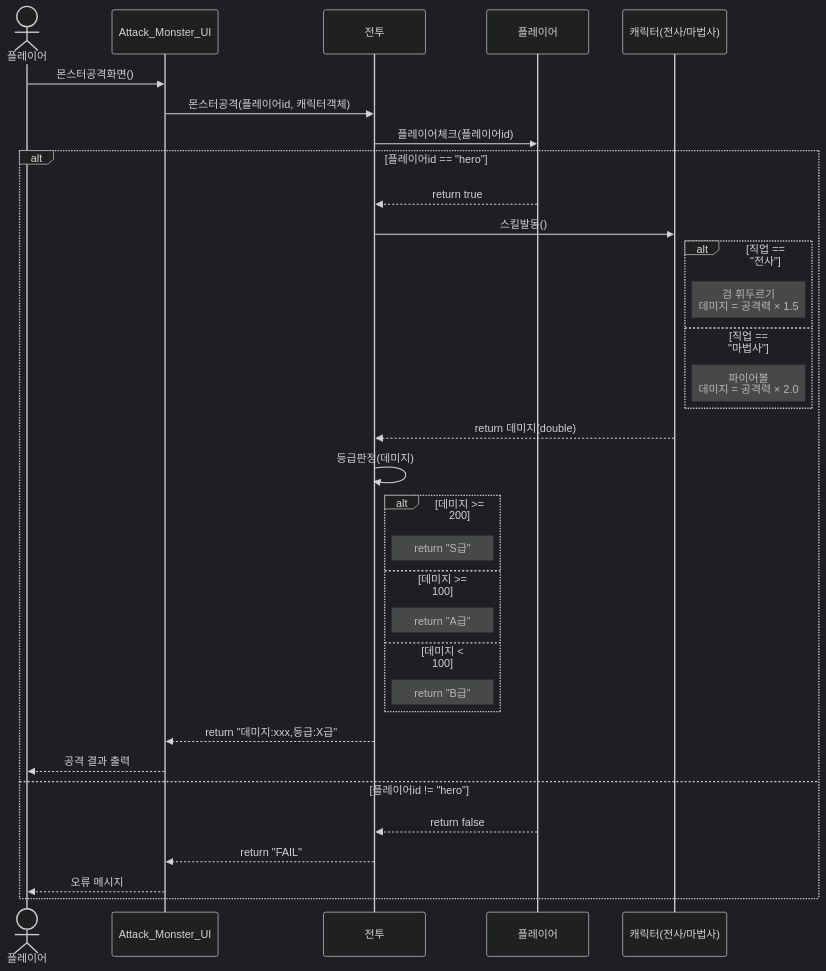
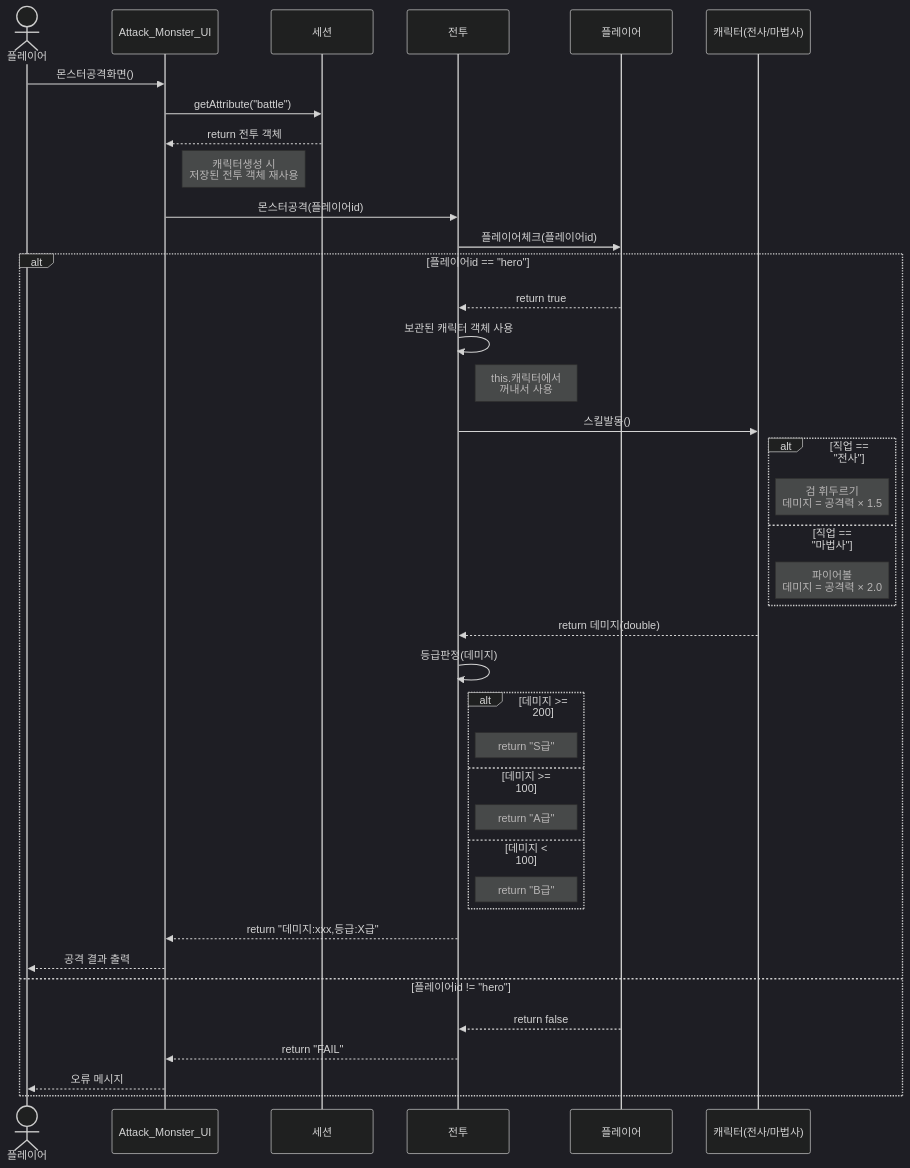
One commit to myeongjunyoung/DNF_BATTLE_B_01- changed the diagram in MosterAttacksequenceDiagram.md. Above: the diagram before and after it, drawn with Mermaid (dark theme). The commit also changed 1 other file, not shown here.

Commit message:
시퀀스 다이어그램 수정

````diff
--- a/MosterAttacksequenceDiagram.md
+++ b/MosterAttacksequenceDiagram.md
@@ -1,44 +1,53 @@
 ```mermaid
 sequenceDiagram
     actor Player as 플레이어
     participant UI as Attack_Monster_UI
+    participant Session as 세션
     participant Battle as 전투
     participant PlayerObj as 플레이어
     participant Character as 캐릭터(전사/마법사)
     
     Player->>UI: 몬스터공격화면()
-    UI->>Battle: 몬스터공격(플레이어id, 캐릭터객체)
+    
+    UI->>Session: getAttribute("battle")
+    Session-->>UI: return 전투 객체
+    Note right of UI: 캐릭터생성 시<br/>저장된 전투 객체 재사용
+    
+    UI->>Battle: 몬스터공격(플레이어id)
     
     Battle->>PlayerObj: 플레이어체크(플레이어id)
     
     alt 플레이어id == "hero"
         PlayerObj-->>Battle: return true
+        
+        Battle->>Battle: 보관된 캐릭터 객체 사용
+        Note right of Battle: this.캐릭터에서<br/>꺼내서 사용
         
         Battle->>Character: 스킬발동()
         
         alt 직업 == "전사"
             Note right of Character: 검 휘두르기<br/>데미지 = 공격력 × 1.5
         else 직업 == "마법사"
             Note right of Character: 파이어볼<br/>데미지 = 공격력 × 2.0
         end
         
         Character-->>Battle: return 데미지(double)
         
         Battle->>Battle: 등급판정(데미지)
         
         alt 데미지 >= 200
             Note right of Battle: return "S급"
         else 데미지 >= 100
             Note right of Battle: return "A급"
         else 데미지 < 100
             Note right of Battle: return "B급"
         end
         
         Battle-->>UI: return "데미지:xxx,등급:X급"
         UI-->>Player: 공격 결과 출력
     else 플레이어id != "hero"
         PlayerObj-->>Battle: return false
         Battle-->>UI: return "FAIL"
         UI-->>Player: 오류 메시지
     end
 ```
````
